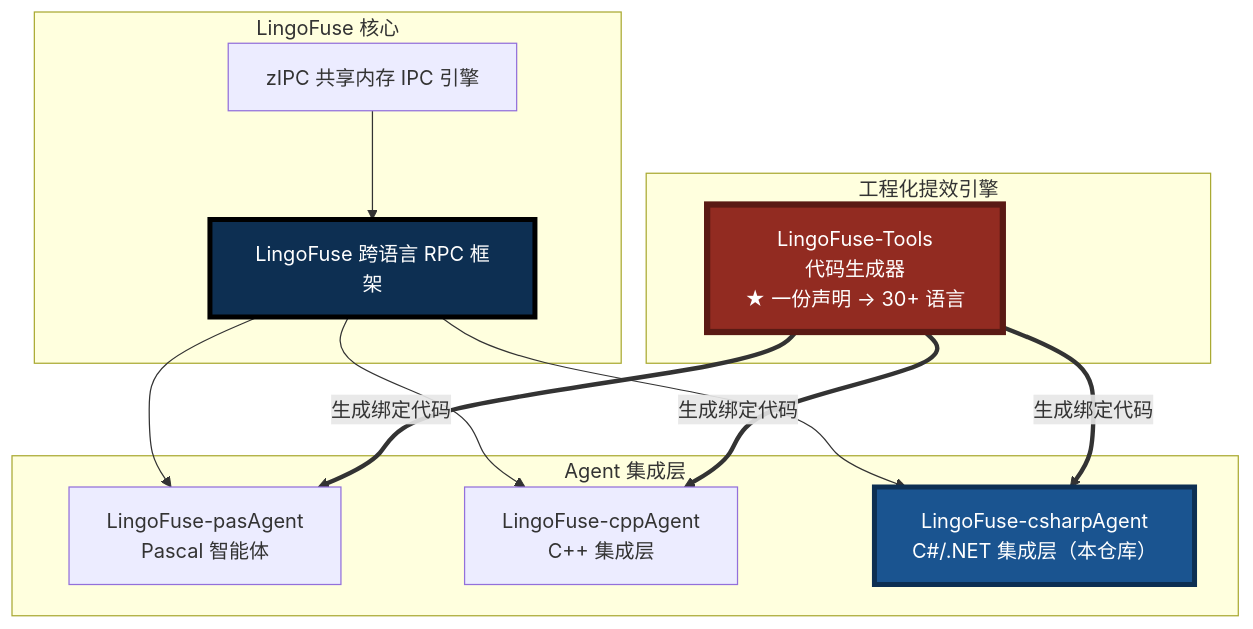
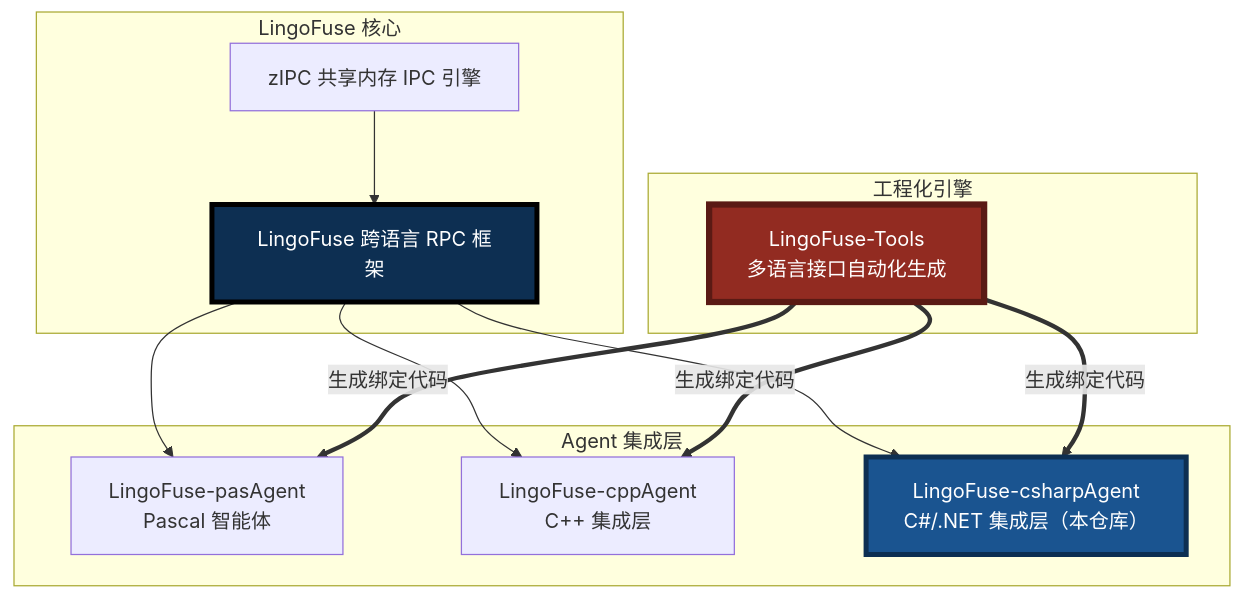
Before and after one commit to PassByYou888/LingoFuse-csharpAgent: the diagram in README.md, drawn with Mermaid. The commit also changed other lines of this file, not shown here.

````diff
--- a/README.md
+++ b/README.md
@@ -236,30 +168,30 @@
 ```mermaid
 flowchart TB
     subgraph Core["LingoFuse 核心"]
         LF["LingoFuse 跨语言 RPC 框架"]
         ZIPC["zIPC 共享内存 IPC 引擎"]
     end
 
-    subgraph Engine["工程化提效引擎"]
-        LT["LingoFuse-Tools<br/>代码生成器<br/>★ 一份声明 → 30+ 语言"]
+    subgraph Engine["工程化引擎"]
+        LT["LingoFuse-Tools<br/>多语言接口自动化生成"]
     end
 
     subgraph Agents["Agent 集成层"]
         PAS["LingoFuse-pasAgent<br/>Pascal 智能体"]
         CPP["LingoFuse-cppAgent<br/>C++ 集成层"]
         CS["LingoFuse-csharpAgent<br/>C#/.NET 集成层（本仓库）"]
     end
 
     ZIPC --> LF
     LF --> PAS
     LF --> CPP
     LF --> CS
 
     LT ==>|"生成绑定代码"| PAS
     LT ==>|"生成绑定代码"| CPP
     LT ==>|"生成绑定代码"| CS
 
     style LT fill:#922B21,stroke:#5A1A14,stroke-width:5px,color:#FFFFFF
     style CS fill:#1A5490,stroke:#0D2F52,stroke-width:4px,color:#FFFFFF
     style LF fill:#0D2F52,stroke:#000000,stroke-width:4px,color:#FFFFFF
 ```
````
